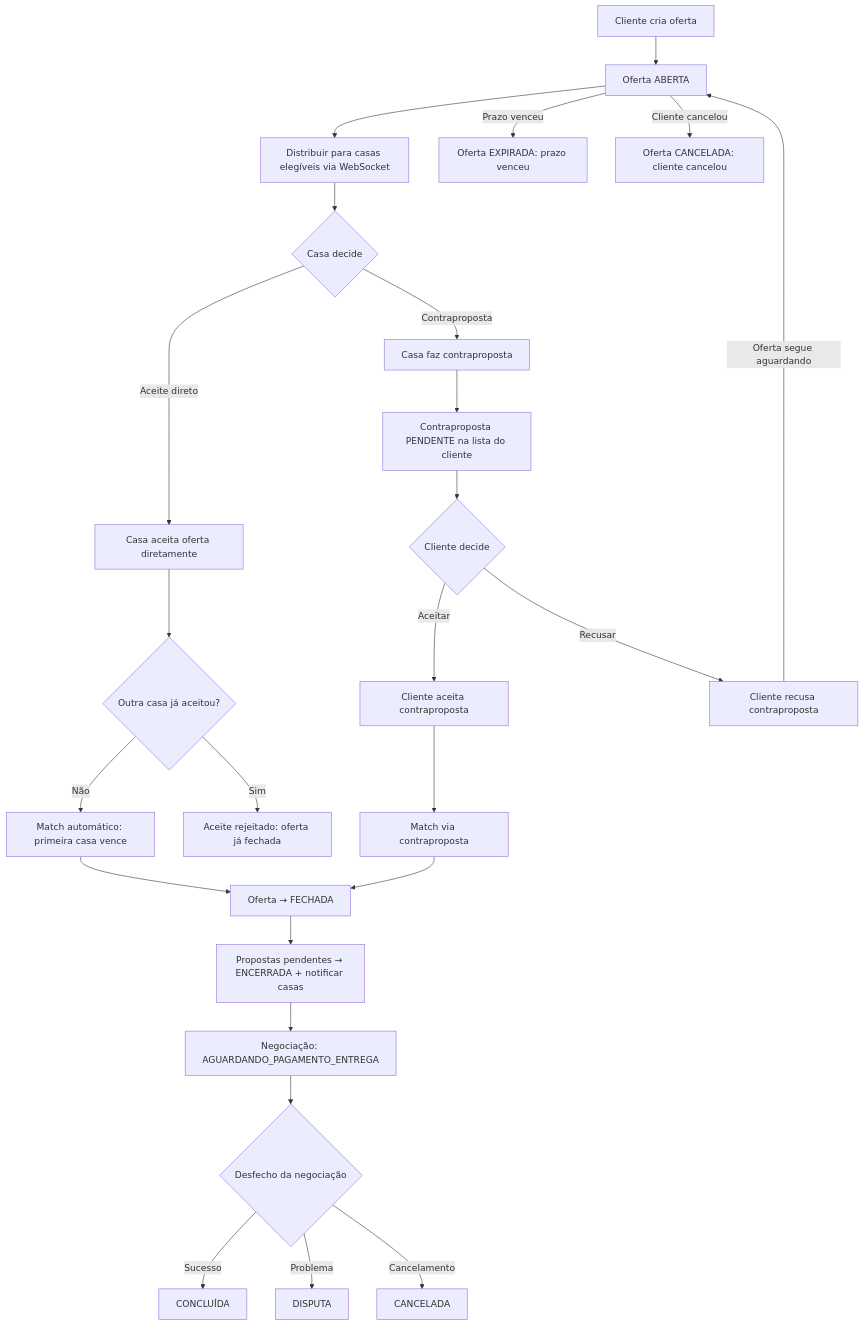
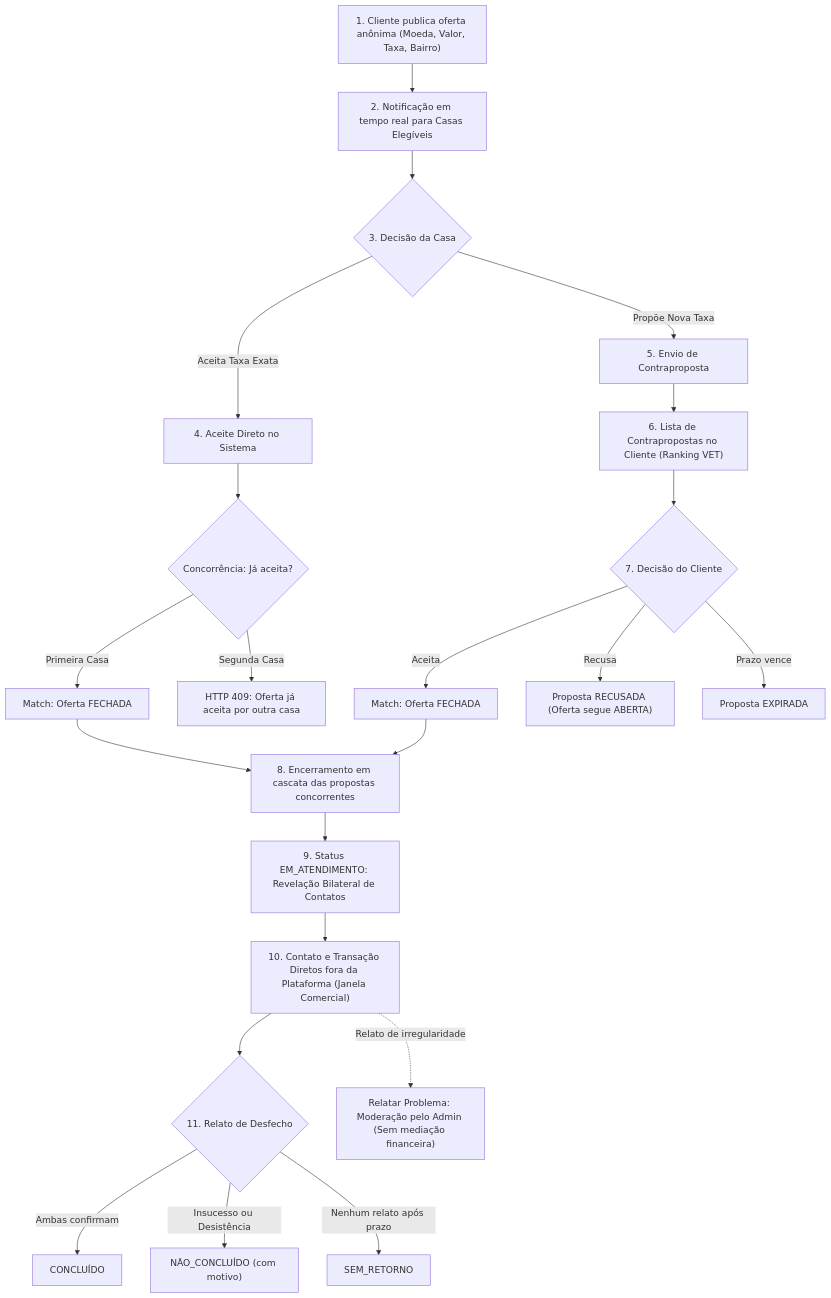
The first of 2 diagrams in docs/03-product/prd.md (rspindola/melhor-cambio-clone), drawn with Mermaid before and after one commit. The commit also changed other lines of this file and 13 other files, not shown here.

````diff
--- a/docs/03-product/prd.md
+++ b/docs/03-product/prd.md
@@ -332,53 +381,32 @@
 ```mermaid
-%% MEANING: Fluxo completo desde criação da oferta até conclusão do negócio
-%% GOTCHA: "end" é palavra reservada; usando "fim" como ID
+%% MEANING: Fluxo operacional completo da oferta ao atendimento direto
 flowchart TD
-    criar["Cliente cria oferta"]
-    aberta["Oferta ABERTA"]
-    distribuir["Distribuir para casas elegíveis via WebSocket"]
-    decisaoCasa{"Casa decide"}
-    aceiteDir["Casa aceita oferta diretamente"]
-    contraproposta["Casa faz contraproposta"]
-    concorrencia{"Outra casa já aceitou?"}
-    matchDireto["Match automático: primeira casa vence"]
-    rejeitado["Aceite rejeitado: oferta já fechada"]
-    propPendente["Contraproposta PENDENTE na lista do cliente"]
-    decisaoCliente{"Cliente decide"}
-    aceitaProp["Cliente aceita contraproposta"]
-    recusaProp["Cliente recusa contraproposta"]
-    matchProp["Match via contraproposta"]
-    fecharOferta["Oferta → FECHADA"]
-    encerrarPendentes["Propostas pendentes → ENCERRADA + notificar casas"]
-    negociacao["Negociação: AGUARDANDO_PAGAMENTO_ENTREGA"]
-    decisaoNeg{"Desfecho da negociação"}
-    concluida["CONCLUÍDA"]
-    disputa["DISPUTA"]
-    canceladaNeg["CANCELADA"]
-    expirada["Oferta EXPIRADA: prazo venceu"]
-    canceladaOfe["Oferta CANCELADA: cliente cancelou"]
-
-    criar --> aberta
-    aberta --> distribuir
-    distribuir --> decisaoCasa
-    decisaoCasa -->|"Aceite direto"| aceiteDir
-    decisaoCasa -->|"Contraproposta"| contraproposta
-    aceiteDir --> concorrencia
-    concorrencia -->|"Não"| matchDireto
-    concorrencia -->|"Sim"| rejeitado
-    matchDireto --> fecharOferta
-    contraproposta --> propPendente
-    propPendente --> decisaoCliente
-    decisaoCliente -->|"Aceitar"| aceitaProp
-    decisaoCliente -->|"Recusar"| recusaProp
-    aceitaProp --> matchProp
-    matchProp --> fecharOferta
-    recusaProp -->|"Oferta segue aguardando"| aberta
-    fecharOferta --> encerrarPendentes
-    encerrarPendentes --> negociacao
-    negociacao --> decisaoNeg
-    decisaoNeg -->|"Sucesso"| concluida
-    decisaoNeg -->|"Problema"| disputa
-    decisaoNeg -->|"Cancelamento"| canceladaNeg
-    aberta -->|"Prazo venceu"| expirada
-    aberta -->|"Cliente cancelou"| canceladaOfe
+    ClientePublica["1. Cliente publica oferta anônima (Moeda, Valor, Taxa, Bairro)"] --> Broadcast["2. Notificação em tempo real para Casas Elegíveis"]
+    
+    Broadcast --> DecisaoCasa{"3. Decisão da Casa"}
+    DecisaoCasa -->|Aceita Taxa Exata| AceiteDireto["4. Aceite Direto no Sistema"]
+    DecisaoCasa -->|Propõe Nova Taxa| Contraproposta["5. Envio de Contraproposta"]
+    
+    AceiteDireto --> Concorrencia{"Concorrência: Já aceita?"}
+    Concorrencia -->|Primeira Casa| MatchDireto["Match: Oferta FECHADA"]
+    Concorrencia -->|Segunda Casa| Rejeicao["HTTP 409: Oferta já aceita por outra casa"]
+    
+    Contraproposta --> ListaCliente["6. Lista de Contrapropostas no Cliente (Ranking VET)"]
+    ListaCliente --> DecisaoCliente{"7. Decisão do Cliente"}
+    DecisaoCliente -->|Aceita| MatchContraprop["Match: Oferta FECHADA"]
+    DecisaoCliente -->|Recusa| Recusada["Proposta RECUSADA (Oferta segue ABERTA)"]
+    DecisaoCliente -->|Prazo vence| Expirada["Proposta EXPIRADA"]
+    
+    MatchDireto --> Cascata["8. Encerramento em cascata das propostas concorrentes"]
+    MatchContraprop --> Cascata
+    
+    Cascata --> Atendimento["9. Status EM_ATENDIMENTO: Revelação Bilateral de Contatos"]
+    Atendimento --> JanelaComercial["10. Contato e Transação Diretos fora da Plataforma (Janela Comercial)"]
+    
+    JanelaComercial --> Desfecho{"11. Relato de Desfecho"}
+    Desfecho -->|Ambas confirmam| Concluido["CONCLUÍDO"]
+    Desfecho -->|Insucesso ou Desistência| NaoConcluido["NÃO_CONCLUÍDO (com motivo)"]
+    Desfecho -->|Nenhum relato após prazo| SemRetorno["SEM_RETORNO"]
+    
+    JanelaComercial -.->|Relato de irregularidade| Suporte["Relatar Problema: Moderação pelo Admin (Sem mediação financeira)"]
 ```
````
